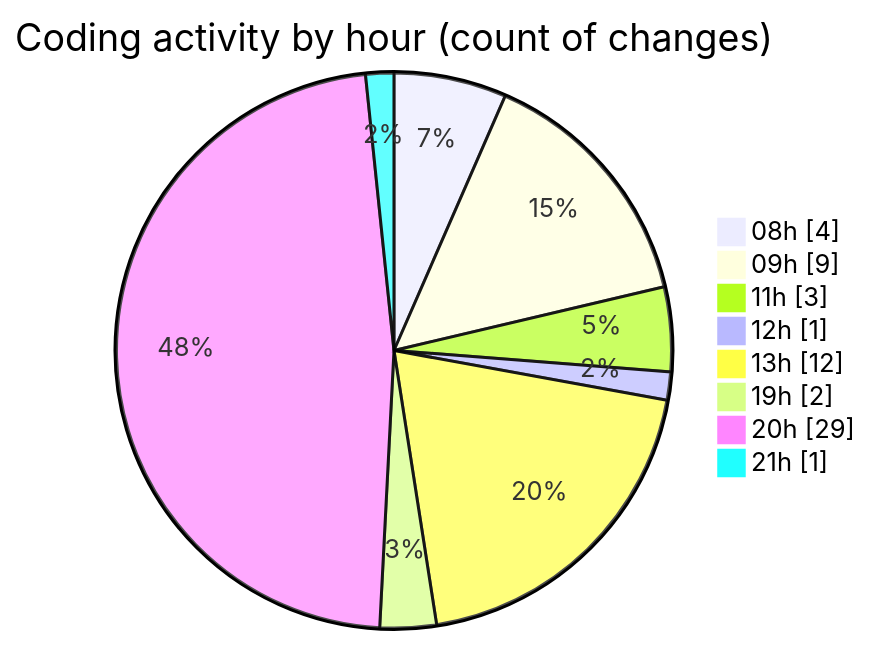
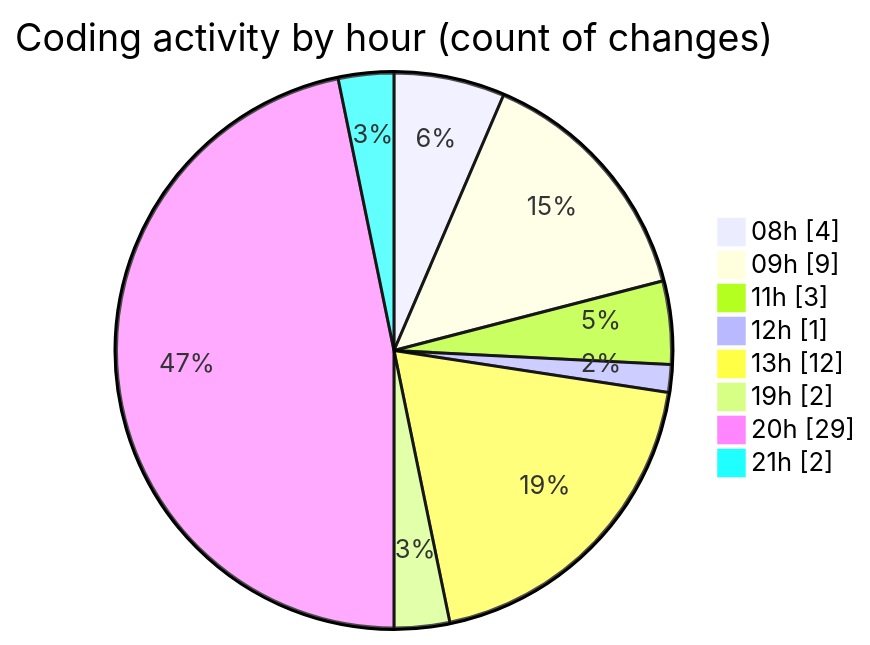
One commit to momahboobian/code-tracking changed the second of 2 diagrams in 2025-05-07/samplepdf/README.md. Above: the diagram before and after it, drawn with Mermaid. The commit also changed other lines of this file and 1 other file, not shown here.

````diff
--- a/2025-05-07/samplepdf/README.md
+++ b/2025-05-07/samplepdf/README.md
@@ -38,12 +38,12 @@
 ```mermaid
 pie showData
 title Coding activity by hour (count of changes)
 "08h" : 4
 "09h" : 9
 "11h" : 3
 "12h" : 1
 "13h" : 12
 "19h" : 2
 "20h" : 29
-"21h" : 1
+"21h" : 2
 ```
````
